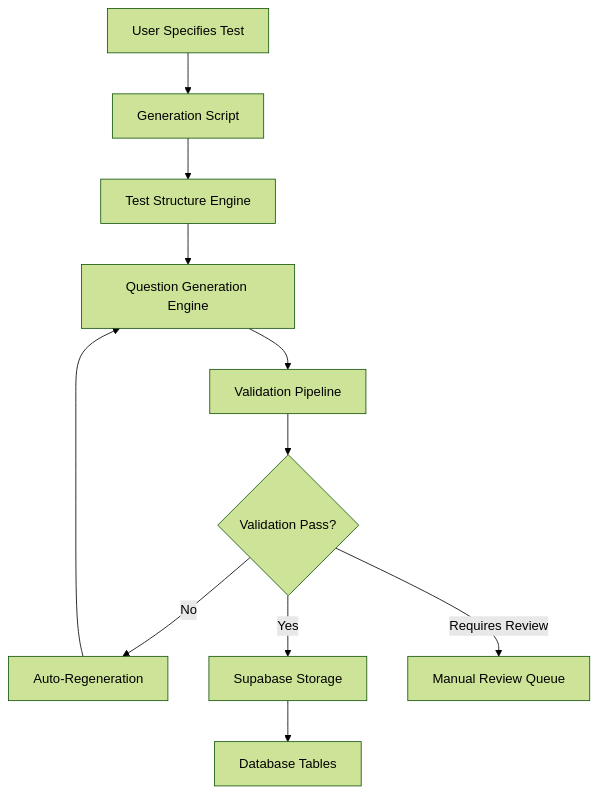
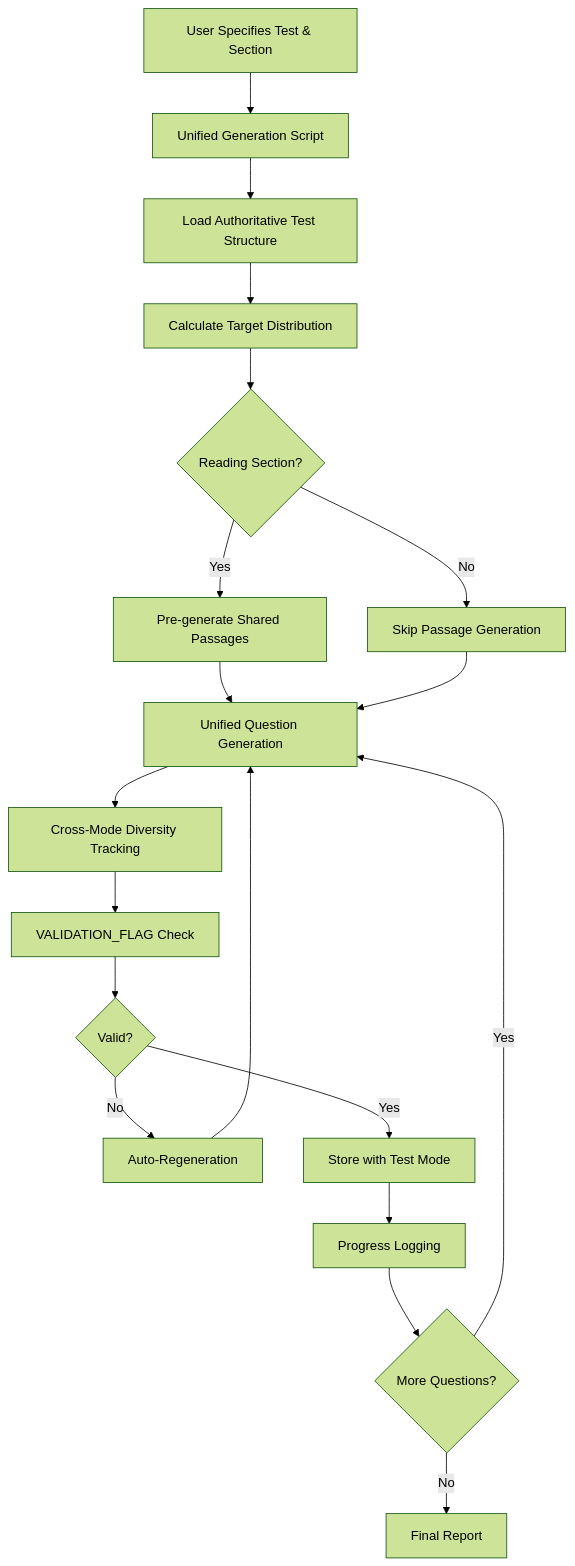
The diagram in QUESTION_GENERATION_FLOW.md (julz808/educoach-prep-portal), drawn with Mermaid (forest theme) before and after one commit. The commit also changed other lines of this file and 27 other files, not shown here.

First line of the commit message:
Fix critical question generation issues and improve system reliability

````diff
--- a/QUESTION_GENERATION_FLOW.md
+++ b/QUESTION_GENERATION_FLOW.md
@@ -9,13 +18,21 @@
 ```mermaid
 graph TD
-    A[User Specifies Test] --> B[Generation Script]
-    B --> C[Test Structure Engine]
-    C --> D[Question Generation Engine]
-    D --> E[Validation Pipeline]
-    E --> F{Validation Pass?}
-    F -->|No| G[Auto-Regeneration]
-    G --> D
-    F -->|Yes| H[Supabase Storage]
-    H --> I[Database Tables]
-    F -->|Requires Review| J[Manual Review Queue]
+    A[User Specifies Test & Section] --> B[Unified Generation Script]
+    B --> C[Load Authoritative Test Structure]
+    C --> D[Calculate Target Distribution]
+    D --> E{Reading Section?}
+    E -->|Yes| F[Pre-generate Shared Passages]
+    E -->|No| G[Skip Passage Generation]
+    F --> H[Unified Question Generation]
+    G --> H
+    H --> I[Cross-Mode Diversity Tracking]
+    I --> J[VALIDATION_FLAG Check]
+    J --> K{Valid?}
+    K -->|No| L[Auto-Regeneration]
+    L --> H
+    K -->|Yes| M[Store with Test Mode]
+    M --> N[Progress Logging]
+    N --> O{More Questions?}
+    O -->|Yes| H
+    O -->|No| P[Final Report]
 ```
````
